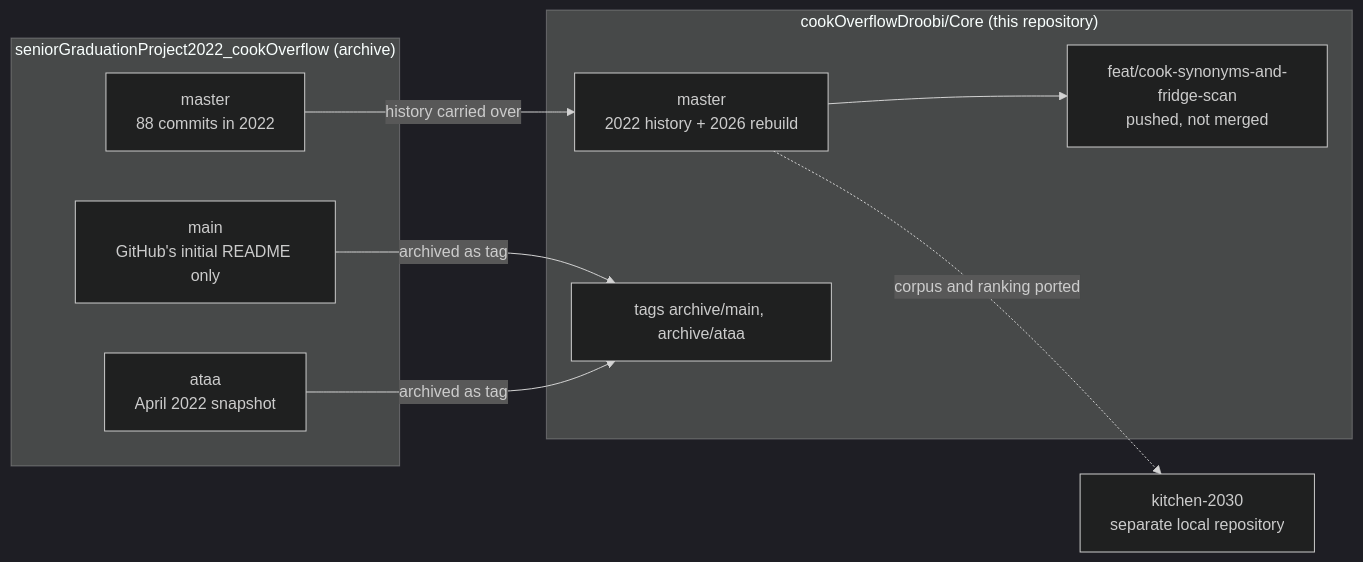
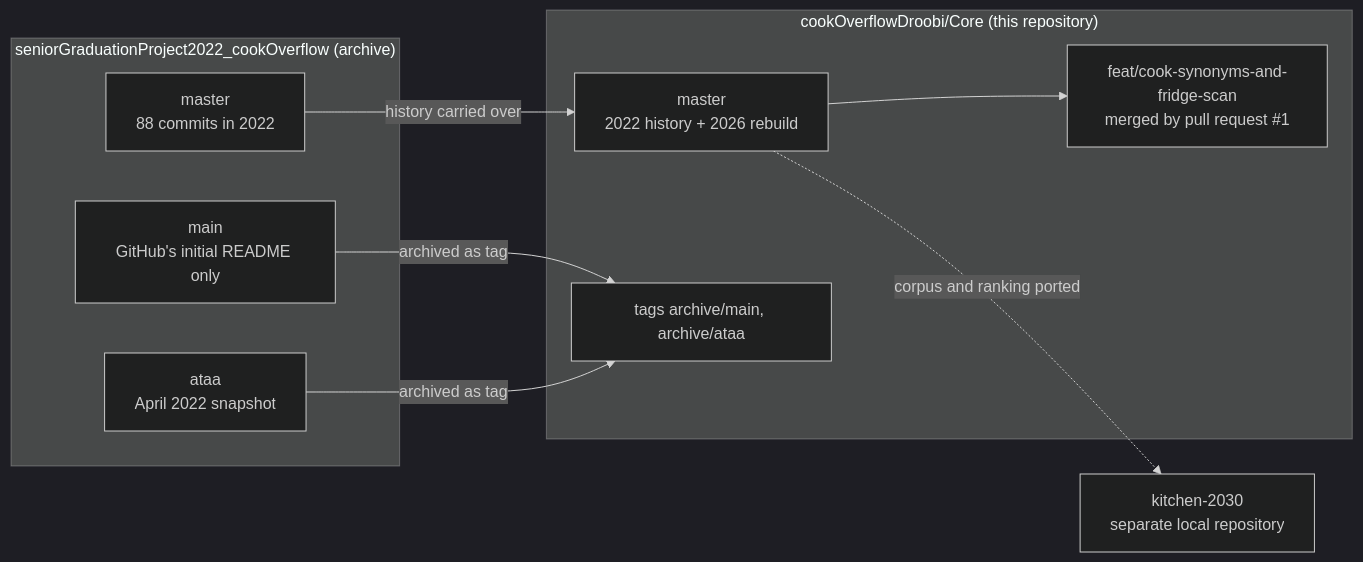
One commit to cookOverflowDroobi/Core changed the fifth of 21 diagrams in Documentation/README.md. Above: the diagram before and after it, drawn with Mermaid (dark theme). The commit also changed other lines of this file, not shown here.

First line of the commit message:
docs(story): record that the improvements branch was merged

````diff
--- a/Documentation/README.md
+++ b/Documentation/README.md
@@ -207,19 +207,19 @@
 ```mermaid
 flowchart LR
     subgraph archive["seniorGraduationProject2022_cookOverflow (archive)"]
         a_master["master<br/>88 commits in 2022"]
         a_main["main<br/>GitHub's initial README only"]
         a_ataa["ataa<br/>April 2022 snapshot"]
     end
     subgraph core["cookOverflowDroobi/Core (this repository)"]
         c_master["master<br/>2022 history + 2026 rebuild"]
         c_tags["tags archive/main, archive/ataa"]
-        c_branch["feat/cook-synonyms-and-fridge-scan<br/>pushed, not merged"]
+        c_branch["feat/cook-synonyms-and-fridge-scan<br/>merged by pull request #1"]
     end
     kitchen["kitchen-2030<br/>separate local repository"]
     a_master -->|"history carried over"| c_master
     a_main -->|"archived as tag"| c_tags
     a_ataa -->|"archived as tag"| c_tags
     c_master --> c_branch
     c_master -.->|"corpus and ranking ported"| kitchen
 ```
````
